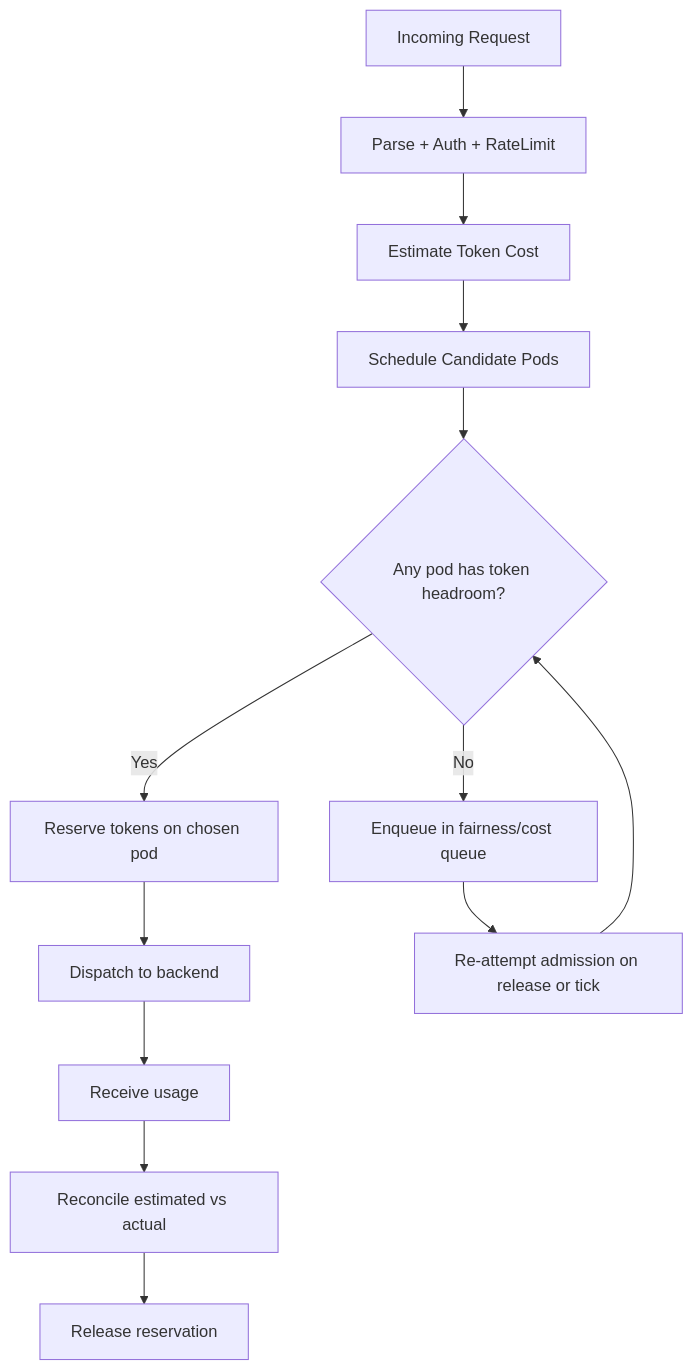
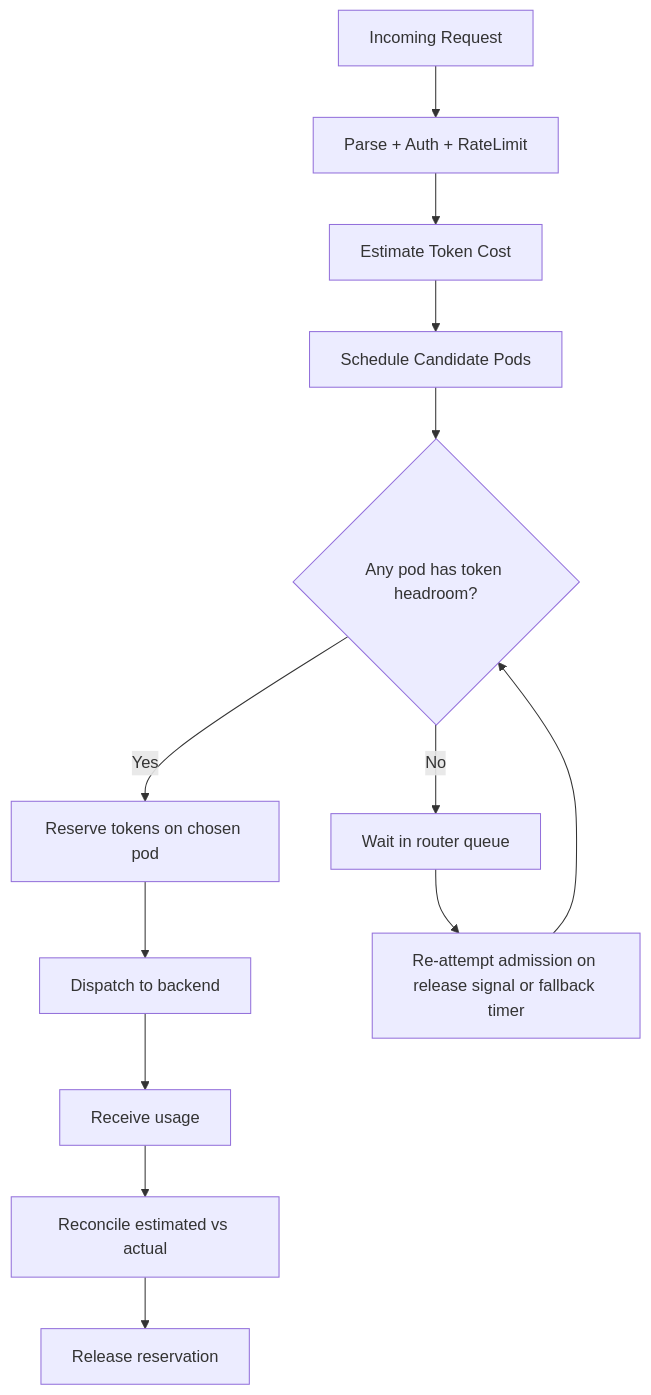
Before and after one commit to volcano-sh/kthena: the first of 2 diagrams in docs/proposal/cost-aware-request-queuing.md, drawn with Mermaid. The commit also changed other lines of this file, not shown here.

Commit message:
docs: address cost-aware queuing review

````diff
--- a/docs/proposal/cost-aware-request-queuing.md
+++ b/docs/proposal/cost-aware-request-queuing.md
@@ -147,15 +149,15 @@
 ```mermaid
 flowchart TD
   A[Incoming Request] --> B[Parse + Auth + RateLimit]
   B --> C[Estimate Token Cost]
   C --> D[Schedule Candidate Pods]
   D --> E{Any pod has token headroom?}
   E -->|Yes| F[Reserve tokens on chosen pod]
   F --> G[Dispatch to backend]
   G --> H[Receive usage]
   H --> I[Reconcile estimated vs actual]
   I --> J[Release reservation]
-  E -->|No| K[Enqueue in fairness/cost queue]
-  K --> L[Re-attempt admission on release or tick]
+  E -->|No| K[Wait in router queue]
+  K --> L[Re-attempt admission on release signal or fallback timer]
   L --> E
 ```
````
